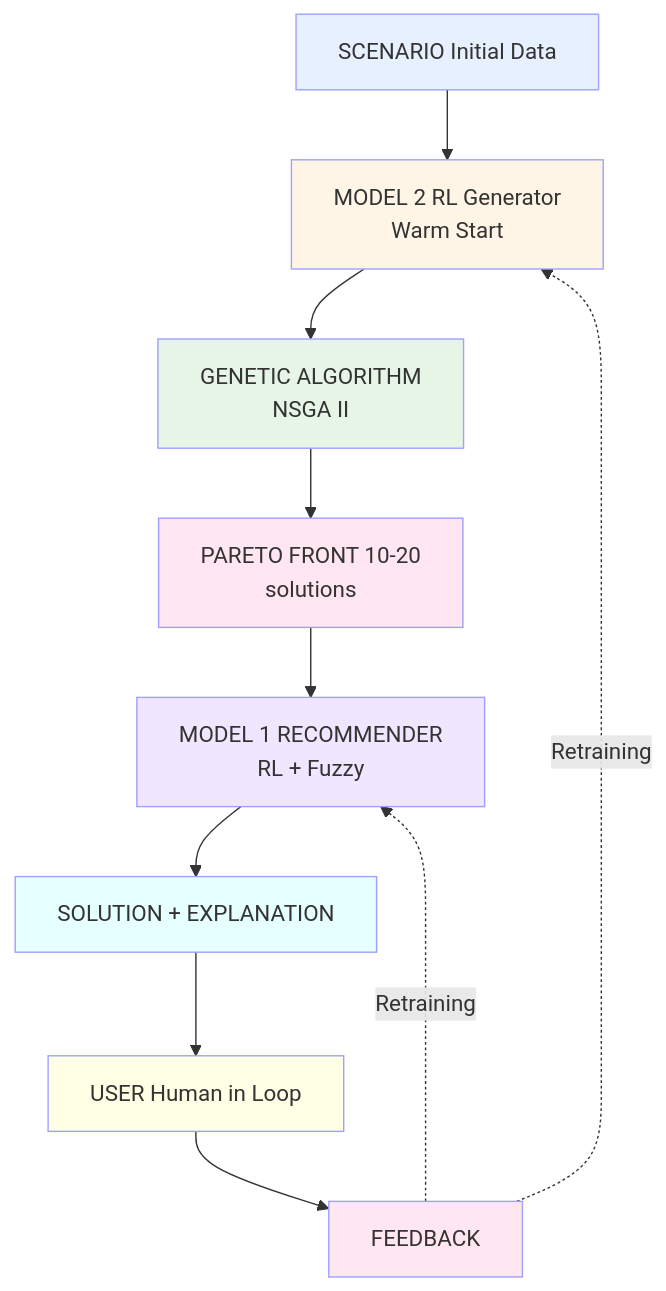
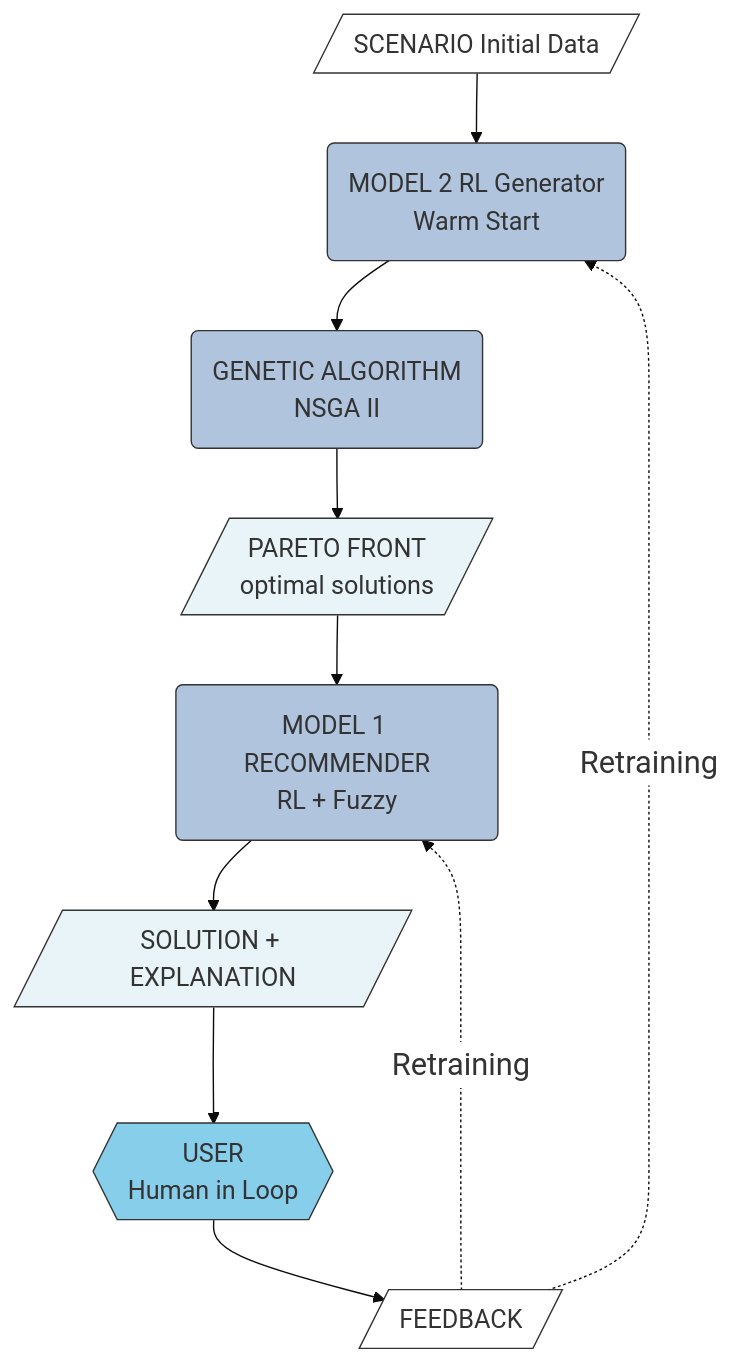
Before and after one commit to 25sal/garvis: the diagram in doc/architecture.mmd, drawn with Mermaid. The commit also changed 4 other files, not shown here.

```diff
--- a/doc/architecture.mmd
+++ b/doc/architecture.mmd
@@ -1,28 +1,31 @@
-flowchart TD
-    n0[SCENARIO Initial Data]
-    n1[MODEL 2 RL Generator<br/>Warm Start]
-    n2[GENETIC ALGORITHM<br/>NSGA II]
-    n3[PARETO FRONT 10-20<br/>solutions]
-    n4[MODEL 1 RECOMMENDER<br/>RL + Fuzzy]
-    n5[SOLUTION + EXPLANATION]
-    n6[USER Human in Loop]
-    n7[FEEDBACK]
+%%{init: {'theme':'base', 'themeVariables': {'fontSize':'18px', 'edgeLabelBackground':'#FFFFFF'}}}%%
+flowchart TB
+    n0[/SCENARIO Initial Data/]
+    n1(MODEL 2 RL Generator<br/>Warm Start)
+    n2(GENETIC ALGORITHM<br/>NSGA II)
+    n3[/PARETO FRONT <br/>optimal solutions/]
+    n4(MODEL 1 RECOMMENDER<br/>RL + Fuzzy)
+    n5[/SOLUTION + EXPLANATION/]
+    n6{{USER <br/>Human in Loop}}
+    n7[/FEEDBACK/]
 
     n0 --> n1
     n1 --> n2
     n2 --> n3
     n3 --> n4
     n4 --> n5
     n5 --> n6
     n6 --> n7
     n7 -.->|Retraining| n4
     n7 -.->|Retraining| n1
 
-    style n0 fill:#E6F0FF,stroke:#A0A0FF
-    style n1 fill:#FFF5E6,stroke:#A0A0FF
-    style n2 fill:#E6F5E6,stroke:#A0A0FF
-    style n3 fill:#FFE6F0,stroke:#A0A0FF
-    style n4 fill:#F0E6FF,stroke:#A0A0FF
-    style n5 fill:#E6FFFF,stroke:#A0A0FF
-    style n6 fill:#FFFFE6,stroke:#A0A0FF
-    style n7 fill:#FFE6F0,stroke:#A0A0FF
+    style n0 fill:#FFFFFF,stroke:#333333
+    style n1 fill:#B0C4DE,stroke:#333333
+    style n2 fill:#B0C4DE,stroke:#333333
+    style n3 fill:#E8F4F8,stroke:#333333
+    style n4 fill:#B0C4DE,stroke:#333333
+    style n5 fill:#E8F4F8,stroke:#333333
+    style n6 fill:#87CEEB,stroke:#333333
+    style n7 fill:#FFFFFF,stroke:#333333
+    linkStyle 7 font-size:22px
+    linkStyle 8 font-size:22px
```
